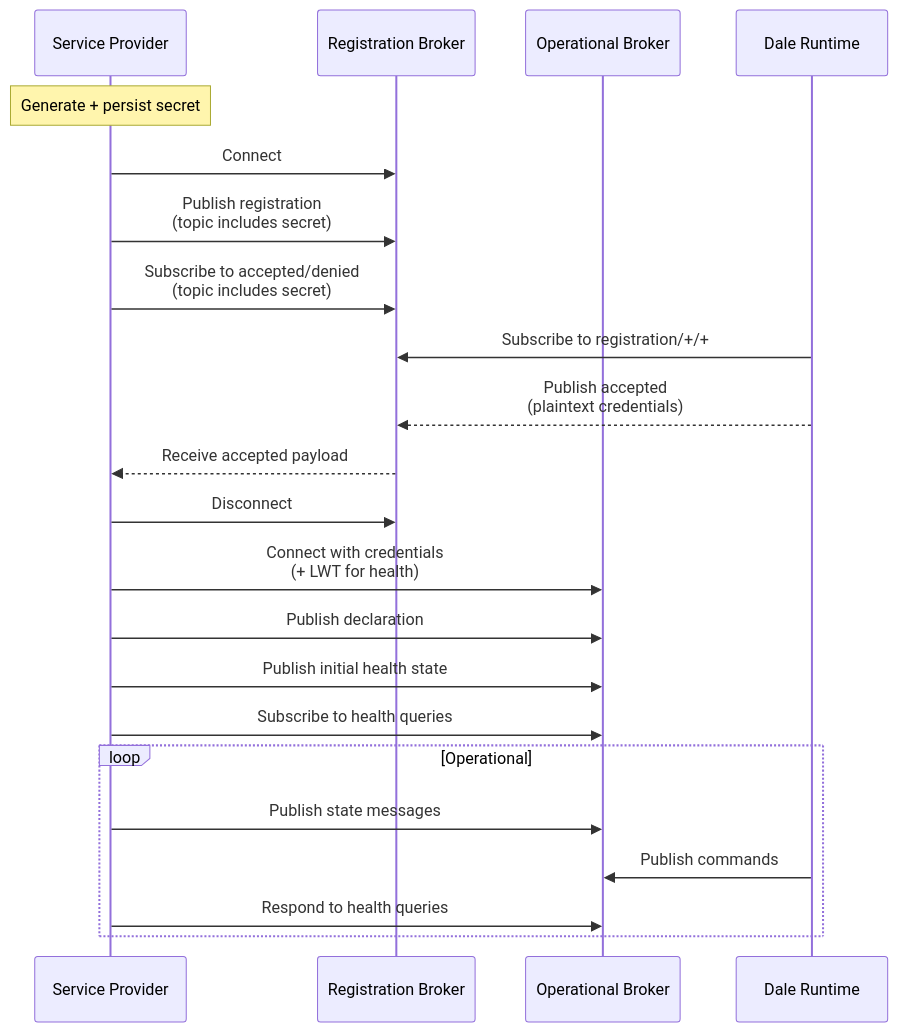
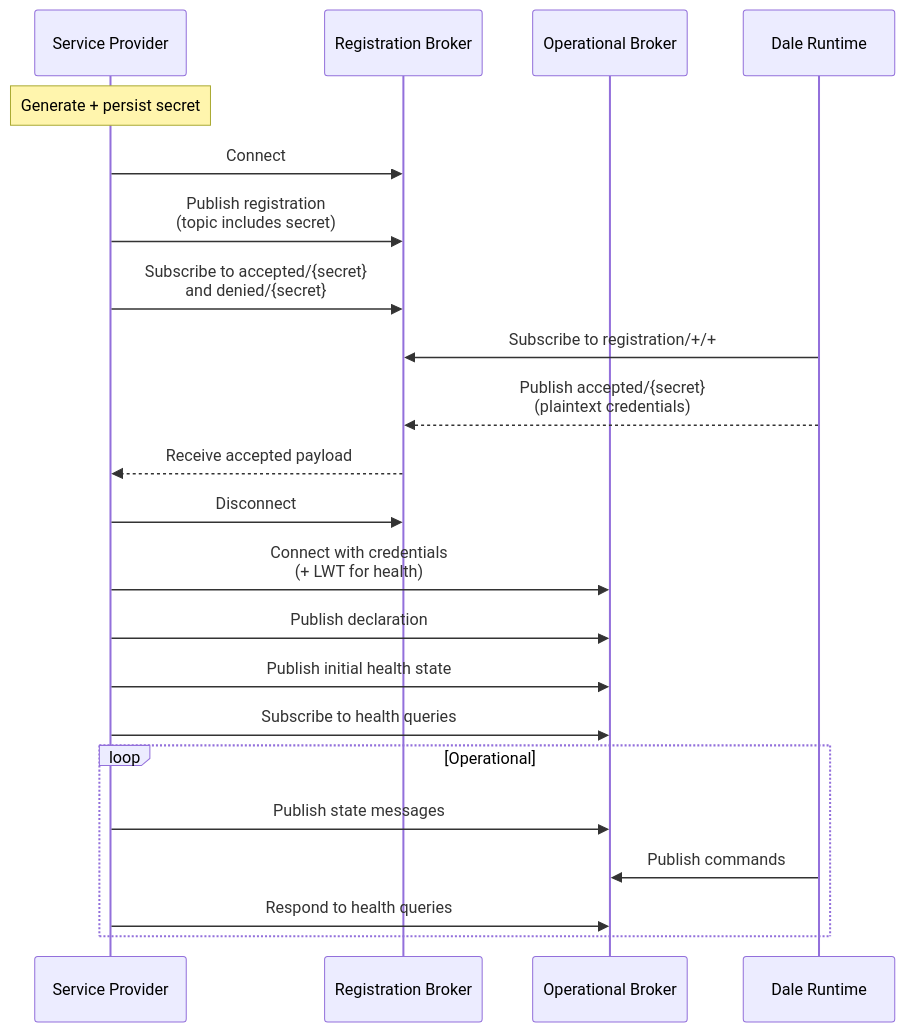
The second of 2 diagrams in docs/sdk/service-provider-protocol.md (VION-IoT/documentation), drawn with Mermaid before and after one commit. The commit also changed other lines of this file, not shown here.

First line of the commit message:
Fix protocol spec: accept/denied topics use secret only, no serviceProviderId

````diff
--- a/docs/sdk/service-provider-protocol.md
+++ b/docs/sdk/service-provider-protocol.md
@@ -264,27 +258,27 @@
 ```mermaid
 sequenceDiagram
     participant SP as Service Provider
     participant RB as Registration Broker
     participant OB as Operational Broker
     participant DR as Dale Runtime
 
     Note over SP: Generate + persist secret
     SP->>RB: Connect
     SP->>RB: Publish registration<br/>(topic includes secret)
-    SP->>RB: Subscribe to accepted/denied<br/>(topic includes secret)
+    SP->>RB: Subscribe to accepted/{secret}<br/>and denied/{secret}
     DR->>RB: Subscribe to registration/+/+
-    DR-->>RB: Publish accepted<br/>(plaintext credentials)
+    DR-->>RB: Publish accepted/{secret}<br/>(plaintext credentials)
     RB-->>SP: Receive accepted payload
     SP->>RB: Disconnect
 
     SP->>OB: Connect with credentials<br/>(+ LWT for health)
     SP->>OB: Publish declaration
     SP->>OB: Publish initial health state
     SP->>OB: Subscribe to health queries
 
     loop Operational
         SP->>OB: Publish state messages
         DR->>OB: Publish commands
         SP->>OB: Respond to health queries
     end
 ```
````
